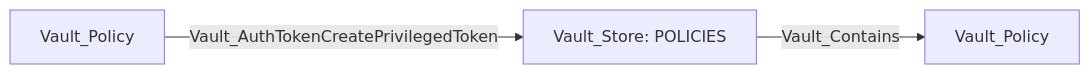
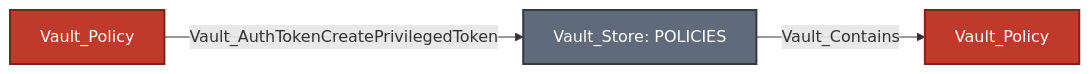
One commit to bytewreck/opengraph-vault changed diagram 25 of 28 in Documentation/stores/AUTH.md. Above: the diagram before and after it, drawn with Mermaid. The commit also changed other lines of this file and 4 other files, not shown here.

````diff
--- a/Documentation/stores/AUTH.md
+++ b/Documentation/stores/AUTH.md
@@ -1551,5 +1587,8 @@
 ```mermaid
 flowchart LR
-    P1[Vault_Policy] -->|Vault_AuthTokenCreatePrivilegedToken| PS["Vault_Store: POLICIES"]
-    PS -->|Vault_Contains| P2[Vault_Policy]
+    P1[Vault_Policy]:::policyNode -->|Vault_AuthTokenCreatePrivilegedToken| PS["Vault_Store: POLICIES"]:::storeNode
+    PS -->|Vault_Contains| P2[Vault_Policy]:::policyNode
+
+    classDef policyNode fill:#C0392B,color:#fff,stroke:#7B241C,stroke-width:2px
+    classDef storeNode fill:#5F6B7A,color:#fff,stroke:#343A40,stroke-width:2px
 ```
````
